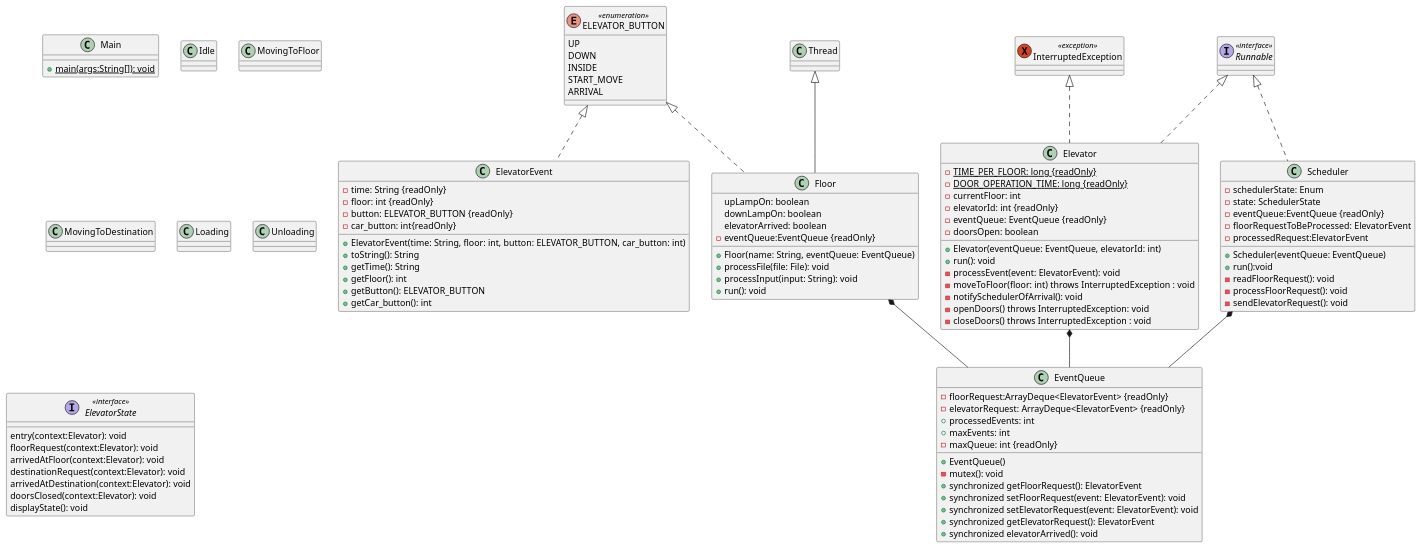
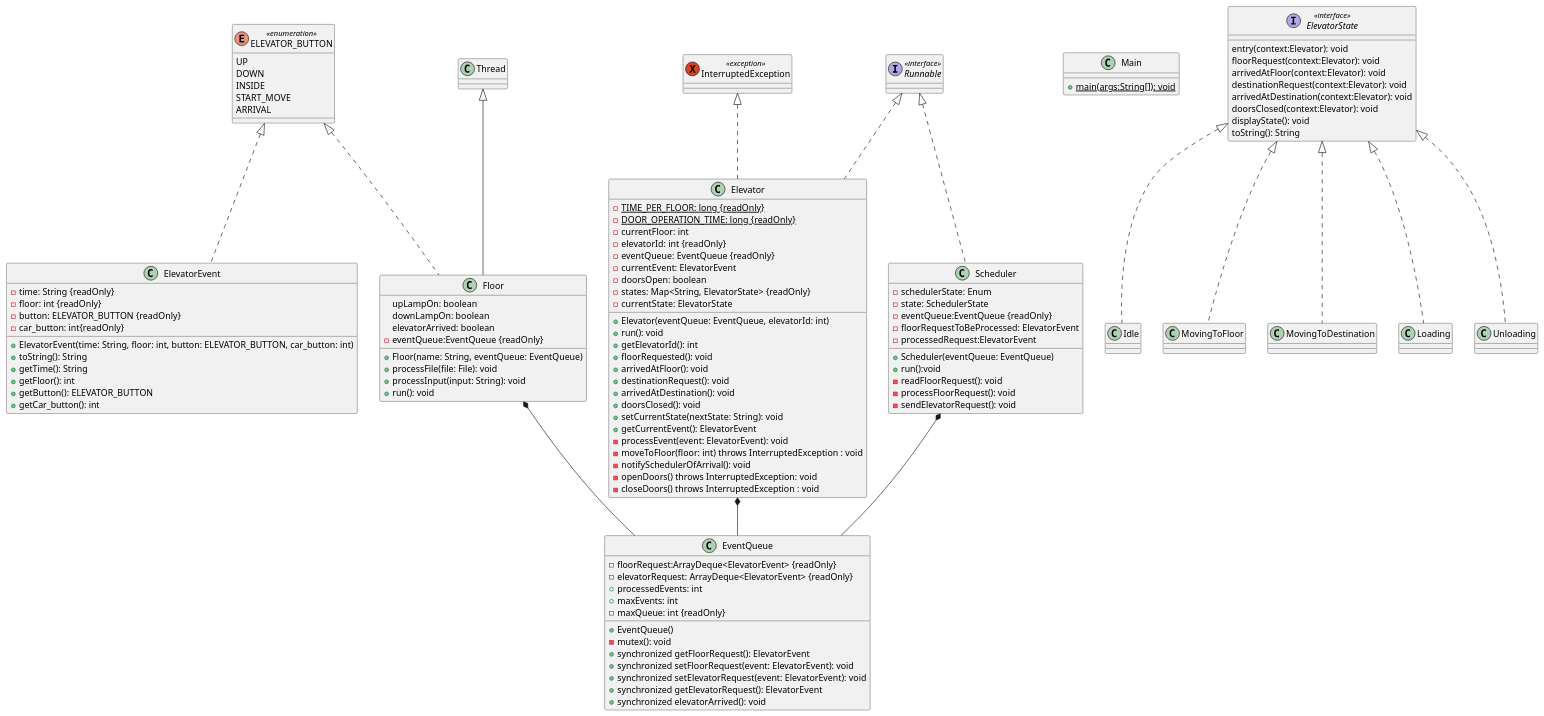
The diagram in ClassDiagram.puml (Sgt-Roukoz/SYSC3303-Project), drawn with PlantUML before and after one commit. The commit also changed 1 other file, not shown here.

Commit message:
Finished class diagram, put toString in ElevatorState interface for clarity

```diff
--- a/ClassDiagram.puml
+++ b/ClassDiagram.puml
@@ -1,126 +1,153 @@
 @startuml
 'https://plantuml.com/class-diagram
 
 class Elevator
 class ElevatorEvent
 class EventQueue
 class Floor
 class Main
 class Scheduler
 class Idle
 class MovingToFloor
 class MovingToDestination
 class Loading
 class Unloading
 enum ELEVATOR_BUTTON <<enumeration>>
 exception InterruptedException <<exception>>
 interface Runnable <<interface>>
 interface ElevatorState <<interface>>
 
 Scheduler *-- EventQueue
 Elevator *-- EventQueue
 Floor *-- EventQueue
 
 InterruptedException <|.. Elevator
 
 ELEVATOR_BUTTON <|.. ElevatorEvent
 ELEVATOR_BUTTON <|.. Floor
 
 interface ElevatorState {
 entry(context:Elevator): void
 floorRequest(context:Elevator): void
 arrivedAtFloor(context:Elevator): void
 destinationRequest(context:Elevator): void
 arrivedAtDestination(context:Elevator): void
 doorsClosed(context:Elevator): void
 displayState(): void
+toString(): String
+}
+
+class Idle implements ElevatorState {
+}
+
+class MovingToFloor implements ElevatorState {
+}
+
+class MovingToDestination implements ElevatorState {
+}
+
+class Loading implements ElevatorState {
+}
+
+class Unloading implements ElevatorState {
 }
 
 class Elevator implements Runnable {
 -{static} TIME_PER_FLOOR: long {readOnly}
 -{static} DOOR_OPERATION_TIME: long {readOnly}
 -currentFloor: int
 -elevatorId: int {readOnly}
 -eventQueue: EventQueue {readOnly}
+-currentEvent: ElevatorEvent
 -doorsOpen: boolean
+-states: Map<String, ElevatorState> {readOnly}
+-currentState: ElevatorState
 
 +Elevator(eventQueue: EventQueue, elevatorId: int)
 +run(): void
++getElevatorId(): int
++floorRequested(): void
++arrivedAtFloor(): void
++destinationRequest(): void
++arrivedAtDestination(): void
++doorsClosed(): void
++setCurrentState(nextState: String): void
++getCurrentEvent(): ElevatorEvent
 -processEvent(event: ElevatorEvent): void
 -moveToFloor(floor: int) throws InterruptedException : void
 -notifySchedulerOfArrival(): void
 -openDoors() throws InterruptedException: void
 -closeDoors() throws InterruptedException : void
 }
 
 enum ELEVATOR_BUTTON {
 UP
 DOWN
 INSIDE
 START_MOVE
 ARRIVAL
 }
 
 class ElevatorEvent{
 -time: String {readOnly}
 -floor: int {readOnly}
 -button: ELEVATOR_BUTTON {readOnly}
 -car_button: int{readOnly}
 
 +ElevatorEvent(time: String, floor: int, button: ELEVATOR_BUTTON, car_button: int)
 +toString(): String
 +getTime(): String
 +getFloor(): int
 +getButton(): ELEVATOR_BUTTON
 +getCar_button(): int
 }
 
 class EventQueue{
 -floorRequest:ArrayDeque<ElevatorEvent> {readOnly}
 -elevatorRequest: ArrayDeque<ElevatorEvent> {readOnly}
 +processedEvents: int
 +maxEvents: int
 -maxQueue: int {readOnly}
 
 +EventQueue()
 -mutex(): void
 +synchronized getFloorRequest(): ElevatorEvent
 +synchronized setFloorRequest(event: ElevatorEvent): void
 +synchronized setElevatorRequest(event: ElevatorEvent): void
 +synchronized getElevatorRequest(): ElevatorEvent
 +synchronized elevatorArrived(): void
 }
 
 class Floor extends Thread{
 upLampOn: boolean
 downLampOn: boolean
 elevatorArrived: boolean
 -eventQueue:EventQueue {readOnly}
 
 +Floor(name: String, eventQueue: EventQueue)
 +processFile(file: File): void
 +processInput(input: String): void
 +run(): void
 }
 
 class Main{
 +{Static} main(args:String[]): void
 }
 
 class Scheduler implements Runnable{
 
 -schedulerState: Enum
 -state: SchedulerState
 -eventQueue:EventQueue {readOnly}
 -floorRequestToBeProcessed: ElevatorEvent
 -processedRequest:ElevatorEvent
 
 +Scheduler(eventQueue: EventQueue)
 +run():void
 -readFloorRequest(): void
 -processFloorRequest(): void
 -sendElevatorRequest(): void
 
 }
 
 @enduml
```
